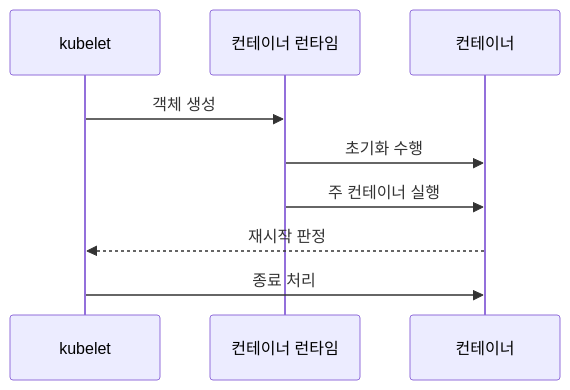
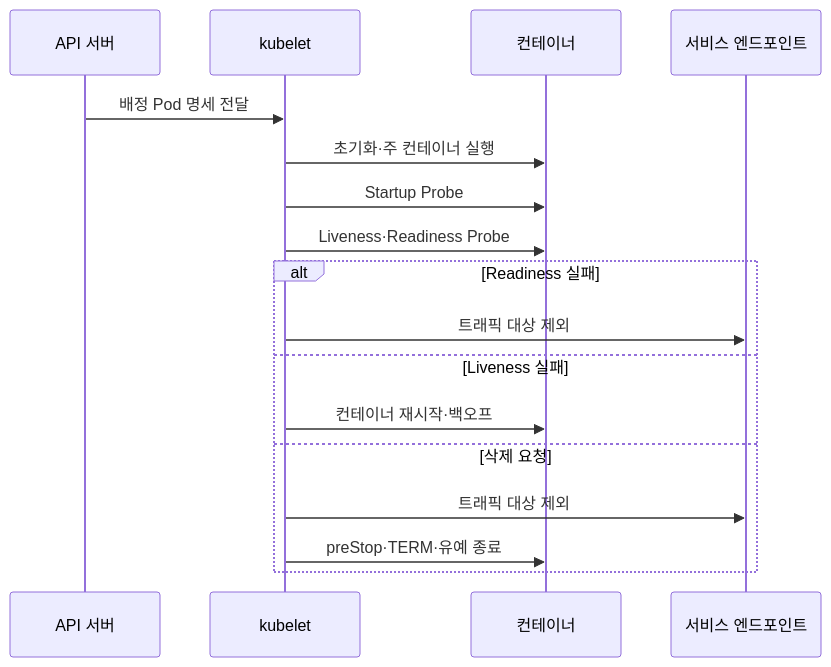
Before and after one commit to agnusdei1207/knowledge-base: the second of 2 diagrams in src/content/docs/notes/03-software/153_kubernetes_pod_lifecycle.md, drawn with Mermaid. The commit also changed other lines of this file and 7 other files, not shown here.

````diff
--- a/src/content/docs/notes/03-software/153_kubernetes_pod_lifecycle.md
+++ b/src/content/docs/notes/03-software/153_kubernetes_pod_lifecycle.md
@@ -68,11 +84,19 @@
 ```mermaid
 sequenceDiagram
+    participant A as API 서버
     participant K as kubelet
-    participant R as 컨테이너 런타임
     participant C as 컨테이너
-    K->>R: 객체 생성
-    R->>C: 초기화 수행
-    R->>C: 주 컨테이너 실행
-    C-->>K: 재시작 판정
-    K->>C: 종료 처리
+    participant E as 서비스 엔드포인트
+    A->>K: 배정 Pod 명세 전달
+    K->>C: 초기화·주 컨테이너 실행
+    K->>C: Startup Probe
+    K->>C: Liveness·Readiness Probe
+    alt Readiness 실패
+        K->>E: 트래픽 대상 제외
+    else Liveness 실패
+        K->>C: 컨테이너 재시작·백오프
+    else 삭제 요청
+        K->>E: 트래픽 대상 제외
+        K->>C: preStop·TERM·유예 종료
+    end
 ```
````
